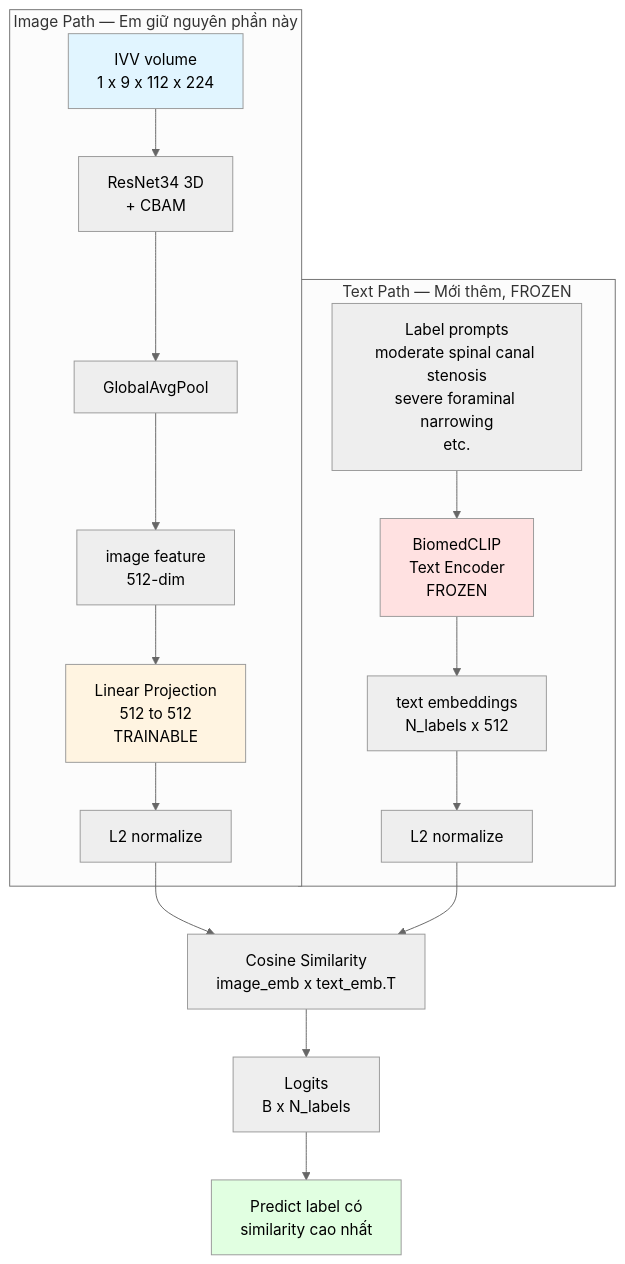
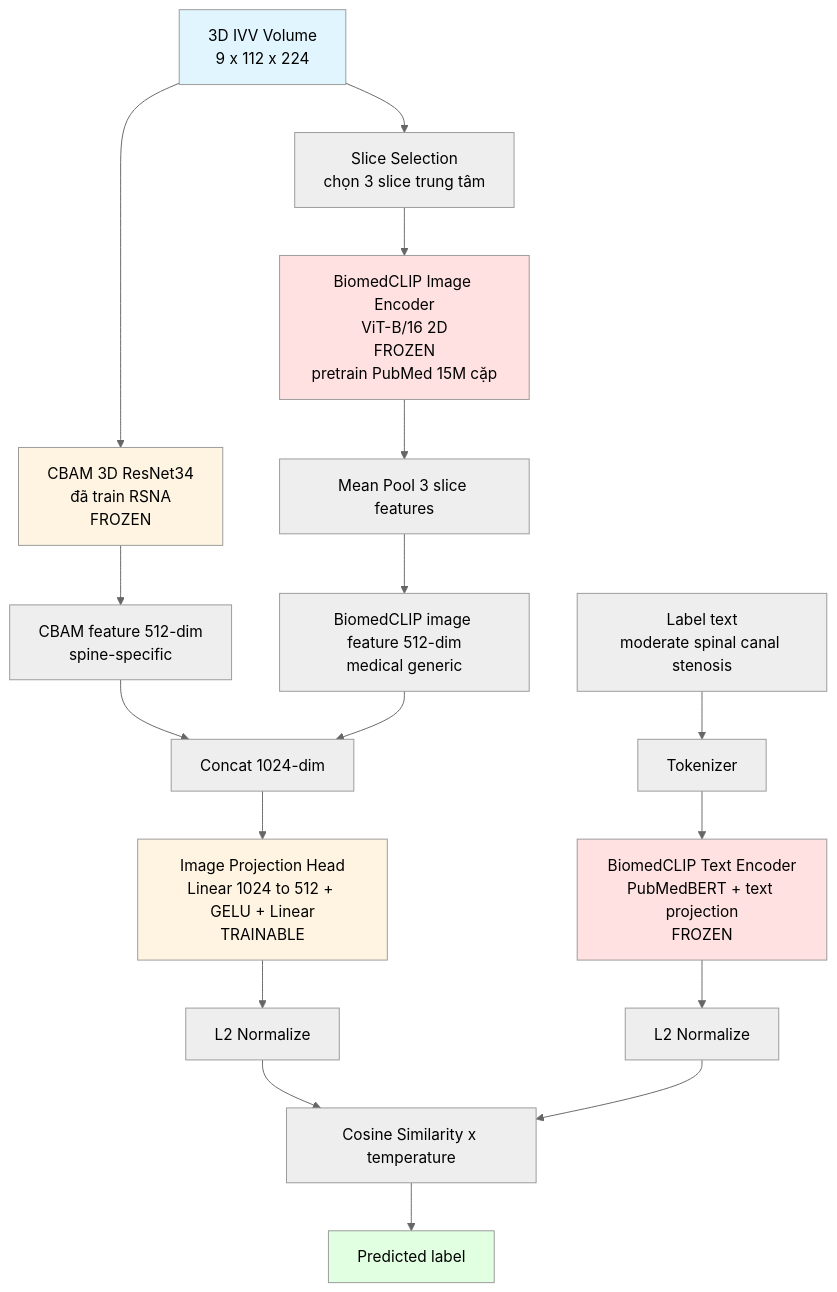
One commit to trungkien04102002/spinet-v2 changed the first of 5 diagrams in experiments/paper_results/new_architecture.md. Above: the diagram before and after it, drawn with Mermaid. The commit also changed other lines of this file and 19 other files, not shown here.

````diff
--- a/experiments/paper_results/new_architecture.md
+++ b/experiments/paper_results/new_architecture.md
@@ -5,28 +12,35 @@
 ```mermaid
 %%{init: {'theme':'neutral'}}%%
 flowchart TB
-    subgraph IMG [Image Path — Em giữ nguyên phần này]
-        V[IVV volume<br/>1 x 9 x 112 x 224] --> B[ResNet34 3D<br/>+ CBAM]
-        B --> P1[GlobalAvgPool]
-        P1 --> F1[image feature<br/>512-dim]
-        F1 --> PROJ[Linear Projection<br/>512 to 512<br/>TRAINABLE]
-        PROJ --> N1[L2 normalize]
-    end
+    V[3D IVV Volume<br/>9 x 112 x 224]
 
-    subgraph TXT [Text Path — Mới thêm, FROZEN]
-        T[Label prompts<br/>moderate spinal canal stenosis<br/>severe foraminal narrowing<br/>etc.] --> BMC[BiomedCLIP<br/>Text Encoder<br/>FROZEN]
-        BMC --> F2[text embeddings<br/>N_labels x 512]
-        F2 --> N2[L2 normalize]
-    end
+    V --> CBAM[CBAM 3D ResNet34<br/>đã train RSNA<br/>FROZEN]
+    V --> SS[Slice Selection<br/>chọn 3 slice trung tâm]
 
-    N1 --> SIM[Cosine Similarity<br/>image_emb x text_emb.T]
-    N2 --> SIM
+    SS --> BMCI[BiomedCLIP Image Encoder<br/>ViT-B/16 2D<br/>FROZEN<br/>pretrain PubMed 15M cặp]
+    BMCI --> AGG[Mean Pool 3 slice features]
 
-    SIM --> L[Logits<br/>B x N_labels]
-    L --> OUT[Predict label có<br/>similarity cao nhất]
+    CBAM --> FCBAM[CBAM feature 512-dim<br/>spine-specific]
+    AGG --> FBMC[BiomedCLIP image feature 512-dim<br/>medical generic]
+
+    FCBAM --> CAT[Concat 1024-dim]
+    FBMC --> CAT
+
+    CAT --> PROJ[Image Projection Head<br/>Linear 1024 to 512 + GELU + Linear<br/>TRAINABLE]
+    PROJ --> NI[L2 Normalize]
+
+    T[Label text<br/>moderate spinal canal stenosis] --> TOK[Tokenizer]
+    TOK --> BMCTE[BiomedCLIP Text Encoder<br/>PubMedBERT + text projection<br/>FROZEN]
+    BMCTE --> NT[L2 Normalize]
+
+    NI --> SIM[Cosine Similarity x temperature]
+    NT --> SIM
+    SIM --> OUT[Predicted label]
 
     style V fill:#e1f5ff
-    style BMC fill:#ffe1e1
+    style CBAM fill:#fff4e1
+    style BMCI fill:#ffe1e1
+    style BMCTE fill:#ffe1e1
     style PROJ fill:#fff4e1
     style OUT fill:#e1ffe1
 ```
````
